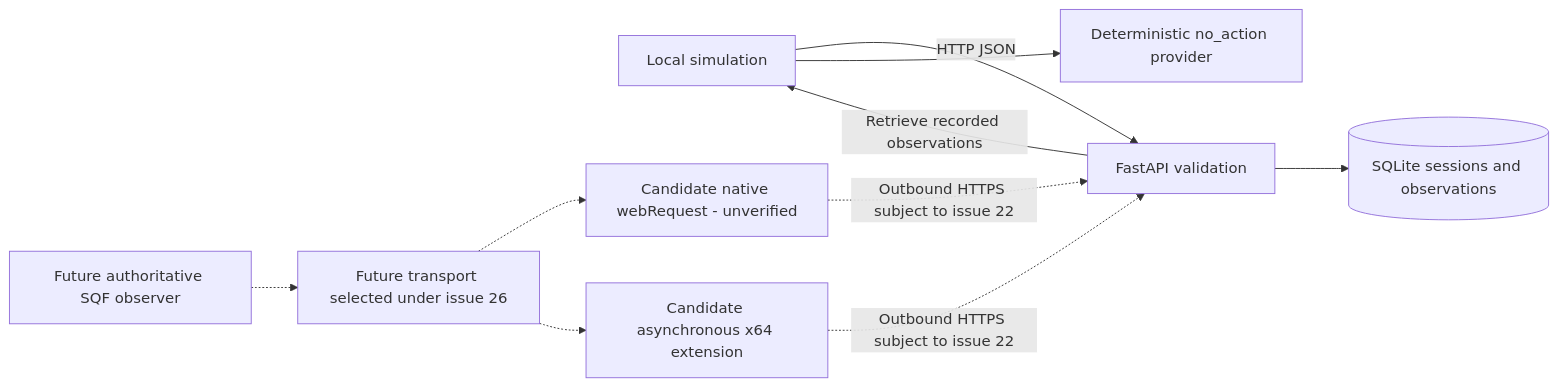
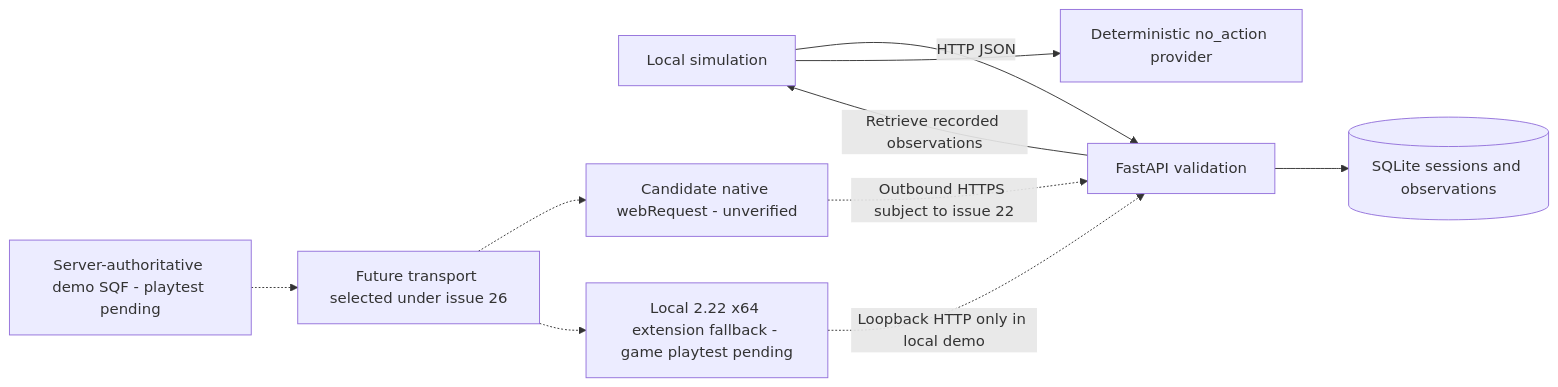
The diagram in docs/architecture.md (instanceofjamie/overlord), drawn with Mermaid before and after one commit. The commit also changed other lines of this file and 20 other files, not shown here.

````diff
--- a/docs/architecture.md
+++ b/docs/architecture.md
@@ -7,12 +10,12 @@
 ```mermaid
 flowchart LR
     CLI[Local simulation] -->|HTTP JSON| API[FastAPI validation]
     API --> DB[(SQLite sessions and observations)]
     API -->|Retrieve recorded observations| CLI
     CLI --> Mock[Deterministic no_action provider]
-    SQF[Future authoritative SQF observer] -.-> Transport[Future transport selected under issue 26]
+    SQF[Server-authoritative demo SQF - playtest pending] -.-> Transport[Future transport selected under issue 26]
     Transport -.-> Native[Candidate native webRequest - unverified]
-    Transport -.-> DLL[Candidate asynchronous x64 extension]
+    Transport -.-> DLL[Local 2.22 x64 extension fallback - game playtest pending]
     Native -.->|Outbound HTTPS subject to issue 22| API
-    DLL -.->|Outbound HTTPS subject to issue 22| API
+    DLL -.->|Loopback HTTP only in local demo| API
 ```
````
